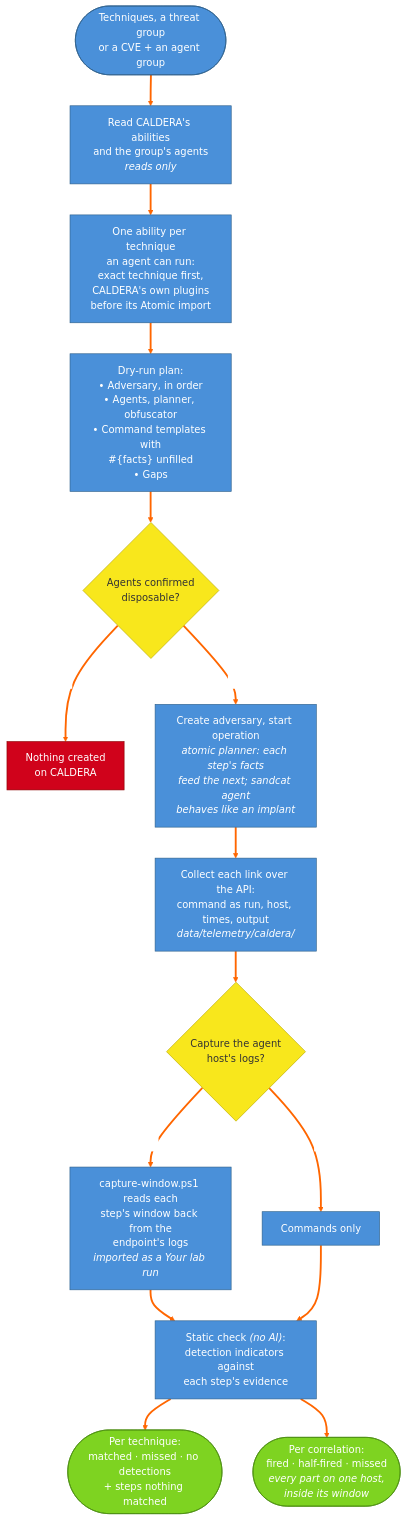
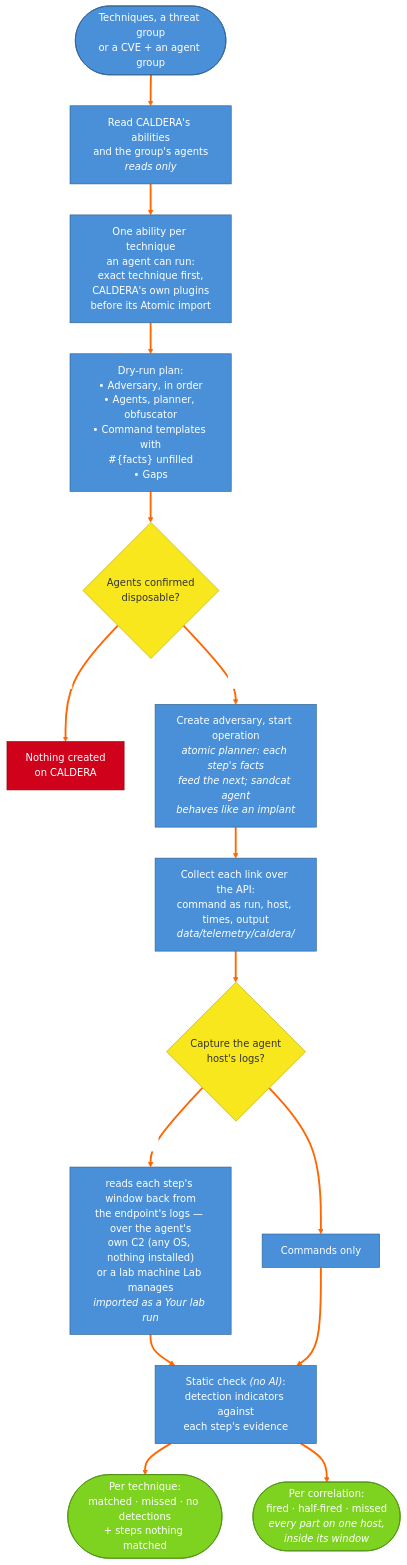
One commit to cmdaltr/shikari changed the diagram in docs/architecture/mermaid/14_11_caldera_workflow_chained_emulation.md. Above: the diagram before and after it, drawn with Mermaid. The commit also changed other lines of this file and 4 other files, not shown here.

First line of the commit message:
docs(caldera): show the zero-touch C2 log-capture path in the diagram and guide index

````diff
--- a/docs/architecture/mermaid/14_11_caldera_workflow_chained_emulation.md
+++ b/docs/architecture/mermaid/14_11_caldera_workflow_chained_emulation.md
@@ -5,36 +5,36 @@
 ```mermaid
 %%{init: {'theme': 'base', 'themeVariables': {'lineColor': '#ff6600', 'edgeLabelBackground': '#ffffff', 'primaryColor': '#4a90d9', 'primaryTextColor': '#ffffff', 'primaryBorderColor': '#2c5f8a', 'secondaryColor': '#e8e8e8', 'tertiaryColor': '#f5f5f5', 'clusterBkg': '#f0f0f0', 'clusterBorder': '#999999', 'titleColor': '#000000', 'nodeTextColor': '#000000', 'background': '#ffffff'}}}%%
 flowchart TD
     TARGET(["Techniques, a threat group<br/>or a CVE + an agent group"]) --> READ["Read CALDERA's abilities<br/>and the group's agents<br/><i>reads only</i>"]
 
     READ --> CHOOSE["One ability per technique<br/>an agent can run:<br/>exact technique first,<br/>CALDERA's own plugins<br/>before its Atomic import"]
 
     CHOOSE --> PLAN["Dry-run plan:<br/>• Adversary, in order<br/>• Agents, planner, obfuscator<br/>• Command templates with<br/>#35;{facts} unfilled<br/>• Gaps"]
 
     PLAN --> CONFIRM{"Agents confirmed<br/>disposable?"}
 
     CONFIRM -- "No" --> STOP["Nothing created<br/>on CALDERA"]
     CONFIRM -- "Yes" --> RUN["Create adversary, start operation<br/><i>atomic planner: each step's facts<br/>feed the next; sandcat agent<br/>behaves like an implant</i>"]
 
     RUN --> COLLECT["Collect each link over the API:<br/>command as run, host, times, output<br/><i>data/telemetry/caldera/</i>"]
 
     COLLECT --> CAPTURE{"Capture the agent<br/>host's logs?"}
 
-    CAPTURE -- "Yes" --> LOGS["capture-window.ps1 reads each<br/>step's window back from the<br/>endpoint's logs<br/><i>imported as a Your lab run</i>"]
+    CAPTURE -- "Yes" --> LOGS["reads each step's window back from<br/>the endpoint's logs — over the agent's<br/>own C2 (any OS, nothing installed)<br/>or a lab machine Lab manages<br/><i>imported as a Your lab run</i>"]
     CAPTURE -- "No" --> CMDS["Commands only"]
 
     LOGS --> CHECK["Static check <i>(no AI)</i>:<br/>detection indicators against<br/>each step's evidence"]
     CMDS --> CHECK
 
     CHECK --> TECH(["Per technique:<br/>matched · missed · no detections<br/>+ steps nothing matched"])
     CHECK --> CORR(["Per correlation:<br/>fired · half-fired · missed<br/><i>every part on one host,<br/>inside its window</i>"])
 
     style TARGET fill:#4a90d9,stroke:#2c5f8a,color:#fff
     style TECH fill:#7ed321,stroke:#4a8c0f,color:#fff
     style CORR fill:#7ed321,stroke:#4a8c0f,color:#fff
     style STOP fill:#d0021b,stroke:#8b0000,color:#fff
     style CHECK fill:#4a90d9,stroke:#2c5f8a,color:#fff
     style CONFIRM fill:#f8e71c,stroke:#b8a700,color:#333
     style CAPTURE fill:#f8e71c,stroke:#b8a700,color:#333
     linkStyle default stroke:#ff6600,stroke-width:3px
 ```
````
